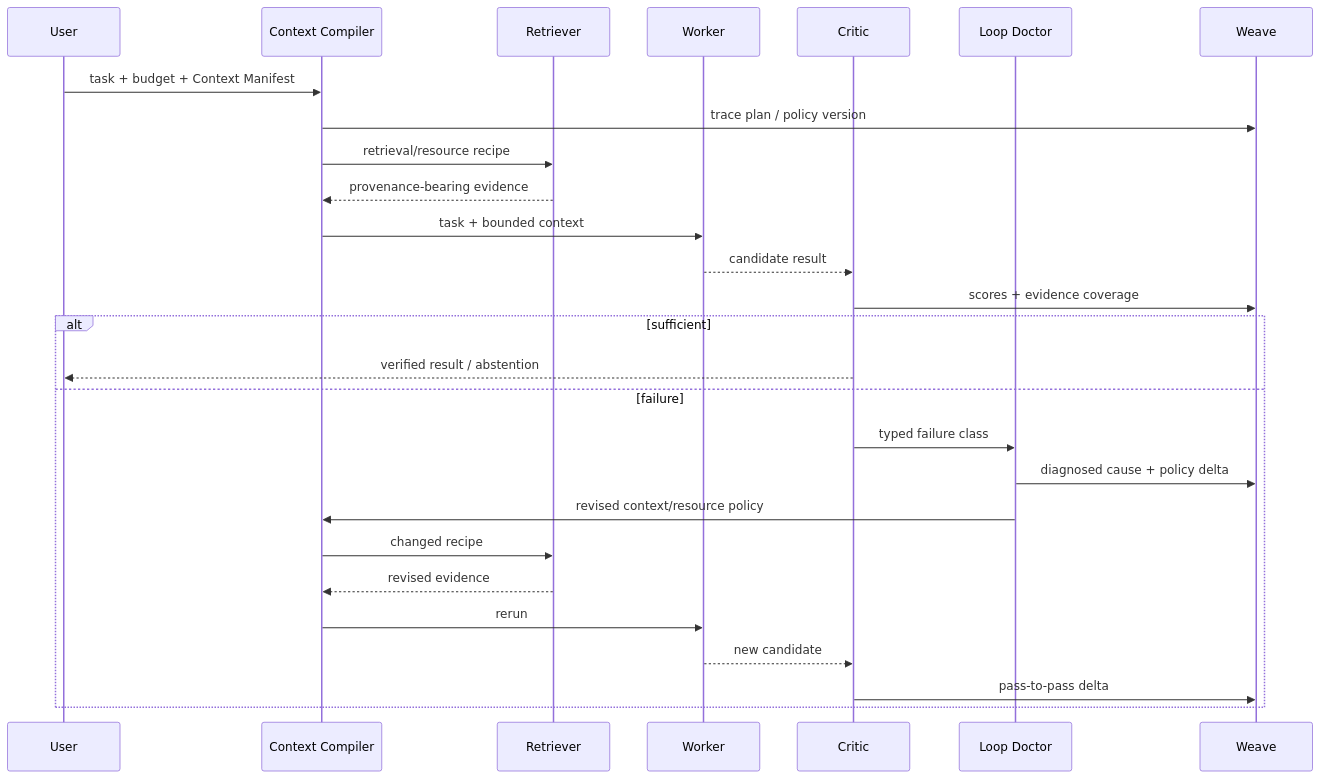
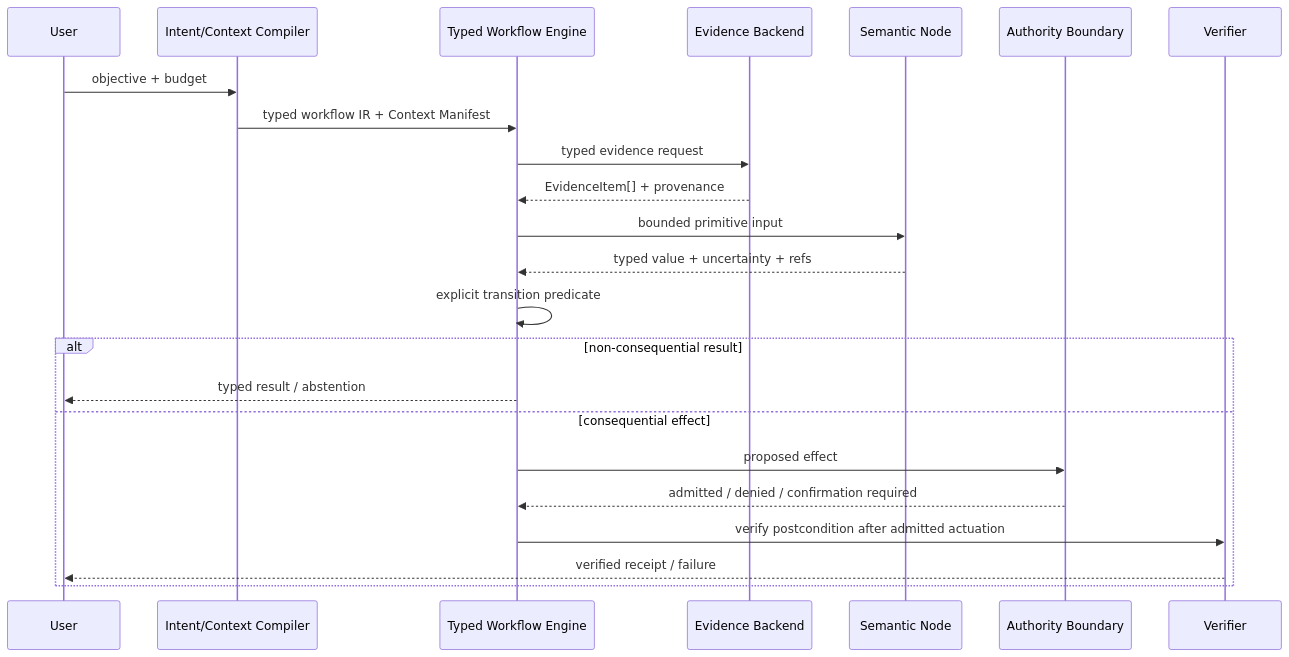
Before and after one commit to jwalin-shah/worldloop: the second of 6 diagrams in docs/ARCHITECTURE.md, drawn with Mermaid. The commit also changed other lines of this file, not shown here.

Commit message:
docs: center WorldLoop on typed compiled execution

````diff
--- a/docs/ARCHITECTURE.md
+++ b/docs/ARCHITECTURE.md
@@ -67,31 +72,27 @@
 ```mermaid
 sequenceDiagram
     participant User
-    participant Compiler as Context Compiler
-    participant Retriever
-    participant Worker
-    participant Critic
-    participant Doctor as Loop Doctor
-    participant Weave
+    participant Compiler as Intent/Context Compiler
+    participant Engine as Typed Workflow Engine
+    participant Memory as Evidence Backend
+    participant Semantic as Semantic Node
+    participant Authority as Authority Boundary
+    participant Verifier
 
-    User->>Compiler: task + budget + Context Manifest
-    Compiler->>Weave: trace plan / policy version
-    Compiler->>Retriever: retrieval/resource recipe
-    Retriever-->>Compiler: provenance-bearing evidence
-    Compiler->>Worker: task + bounded context
-    Worker-->>Critic: candidate result
-    Critic->>Weave: scores + evidence coverage
+    User->>Compiler: objective + budget
+    Compiler->>Engine: typed workflow IR + Context Manifest
+    Engine->>Memory: typed evidence request
+    Memory-->>Engine: EvidenceItem[] + provenance
+    Engine->>Semantic: bounded primitive input
+    Semantic-->>Engine: typed value + uncertainty + refs
+    Engine->>Engine: explicit transition predicate
 
-    alt sufficient
-        Critic-->>User: verified result / abstention
-    else failure
-        Critic->>Doctor: typed failure class
-        Doctor->>Weave: diagnosed cause + policy delta
-        Doctor->>Compiler: revised context/resource policy
-        Compiler->>Retriever: changed recipe
-        Retriever-->>Compiler: revised evidence
-        Compiler->>Worker: rerun
-        Worker-->>Critic: new candidate
-        Critic->>Weave: pass-to-pass delta
+    alt non-consequential result
+        Engine-->>User: typed result / abstention
+    else consequential effect
+        Engine->>Authority: proposed effect
+        Authority-->>Engine: admitted / denied / confirmation required
+        Engine->>Verifier: verify postcondition after admitted actuation
+        Verifier-->>User: verified receipt / failure
     end
 ```
````
